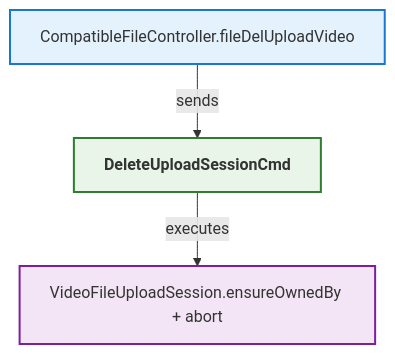
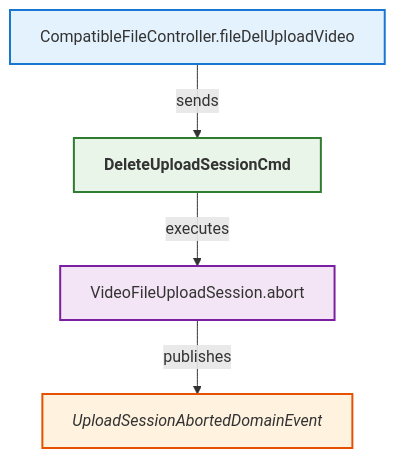
The diagram in analysis/CompatibleFileController_delUploadVideo.mmd (LDmoxeii/only-danmuku), drawn with Mermaid before and after one commit. The commit also changed 3 other files, not shown here.

```diff
--- a/analysis/CompatibleFileController_delUploadVideo.mmd
+++ b/analysis/CompatibleFileController_delUploadVideo.mmd
@@ -1,31 +1,34 @@
 flowchart TB
 
     N1["CompatibleFileController.fileDelUploadVideo"]
     class N1 controllermethod;
 
     C1["DeleteUploadSessionCmd"]
     class C1 command;
-    A1["VideoFileUploadSession.ensureOwnedBy + abort"]
+    A1["VideoFileUploadSession.abort"]
     class A1 entitymethod;
+    E1["UploadSessionAbortedDomainEvent"]
+    class E1 domainevent;
 
     %% Relationships
     N1 -->|sends| C1
     C1 -->|executes| A1
+    A1 -->|publishes| E1
 
     %% Styles
     classDef controller fill:#e3f2fd,stroke:#1565c0,stroke-width:2px,font-weight:bold;
     classDef controllermethod fill:#e3f2fd,stroke:#1976d2,stroke-width:2px;
     classDef endpoint fill:#e3f2fd,stroke:#42a5f5,stroke-width:2px;
     classDef commandsender fill:#e3f2fd,stroke:#1565c0,stroke-width:2px,font-style:italic;
     classDef commandsendermethod fill:#e3f2fd,stroke:#1976d2,stroke-width:2px,font-style:italic;
     classDef command fill:#e8f5e8,stroke:#2e7d32,stroke-width:2px,font-weight:bold;
     classDef commandhandler fill:#e8f5e8,stroke:#388e3c,stroke-width:2px,font-weight:bold;
     classDef aggregate fill:#fff8e1,stroke:#ff8f00,stroke-width:3px,font-weight:bold;
     classDef entitymethod fill:#f3e5f5,stroke:#7b1fa2,stroke-width:2px;
     classDef domainevent fill:#fff3e0,stroke:#e65100,stroke-width:2px,font-style:italic;
     classDef domaineventhandler fill:#fff3e0,stroke:#ef6c00,stroke-width:2px,font-weight:bold;
     classDef integrationevent fill:#fce4ec,stroke:#880e4f,stroke-width:2px;
     classDef integrationeventhandler fill:#fce4ec,stroke:#ad1457,stroke-width:2px,font-weight:bold;
     classDef integrationeventconverter fill:#e3f2fd,stroke:#0277bd,stroke-width:2px;
     classDef repo fill:#d6dbdf,stroke:#85929e,stroke-width:2px;
     classDef uow fill:#f2f4f4,stroke:#7f8c8d,stroke-width:2px;
```
